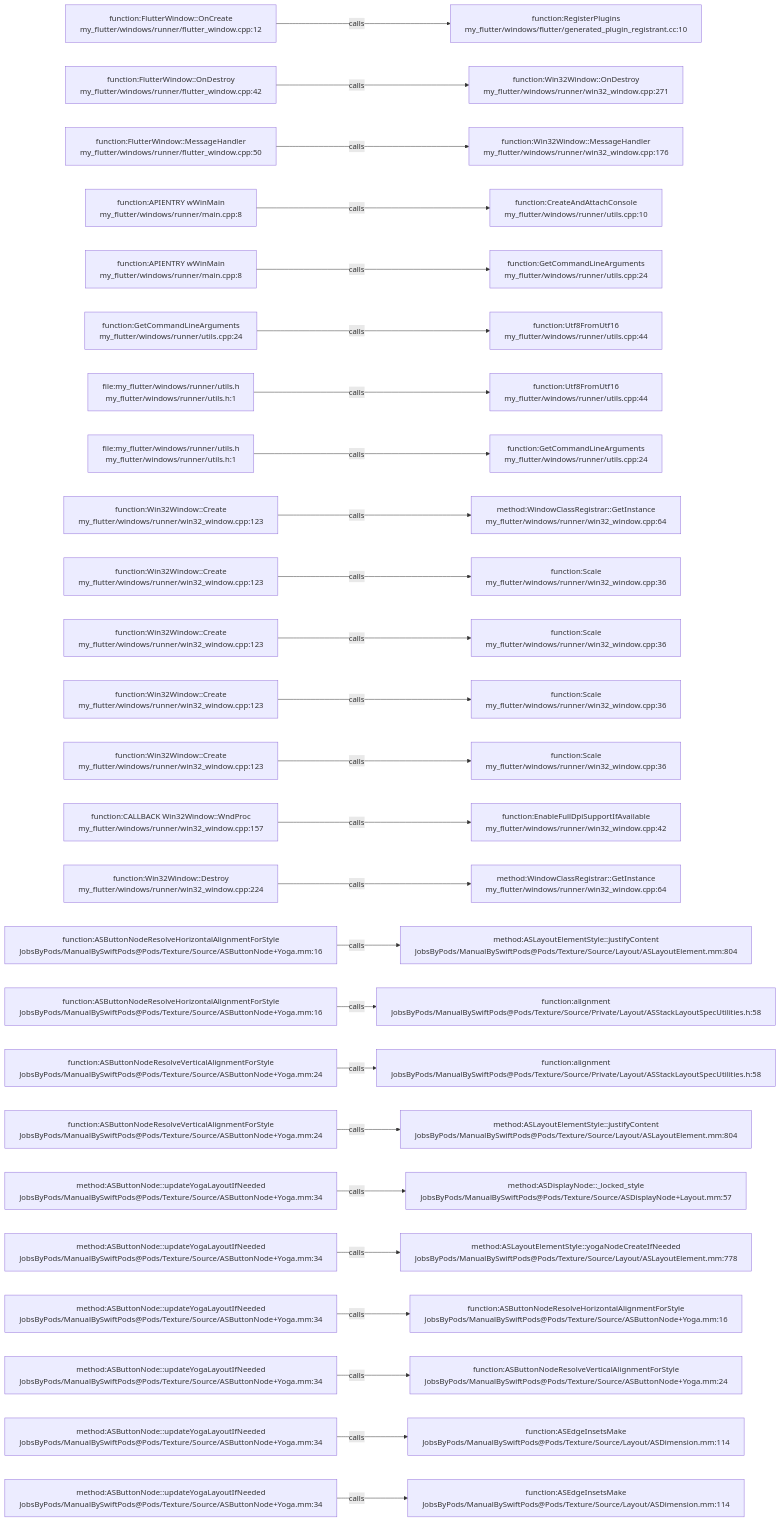
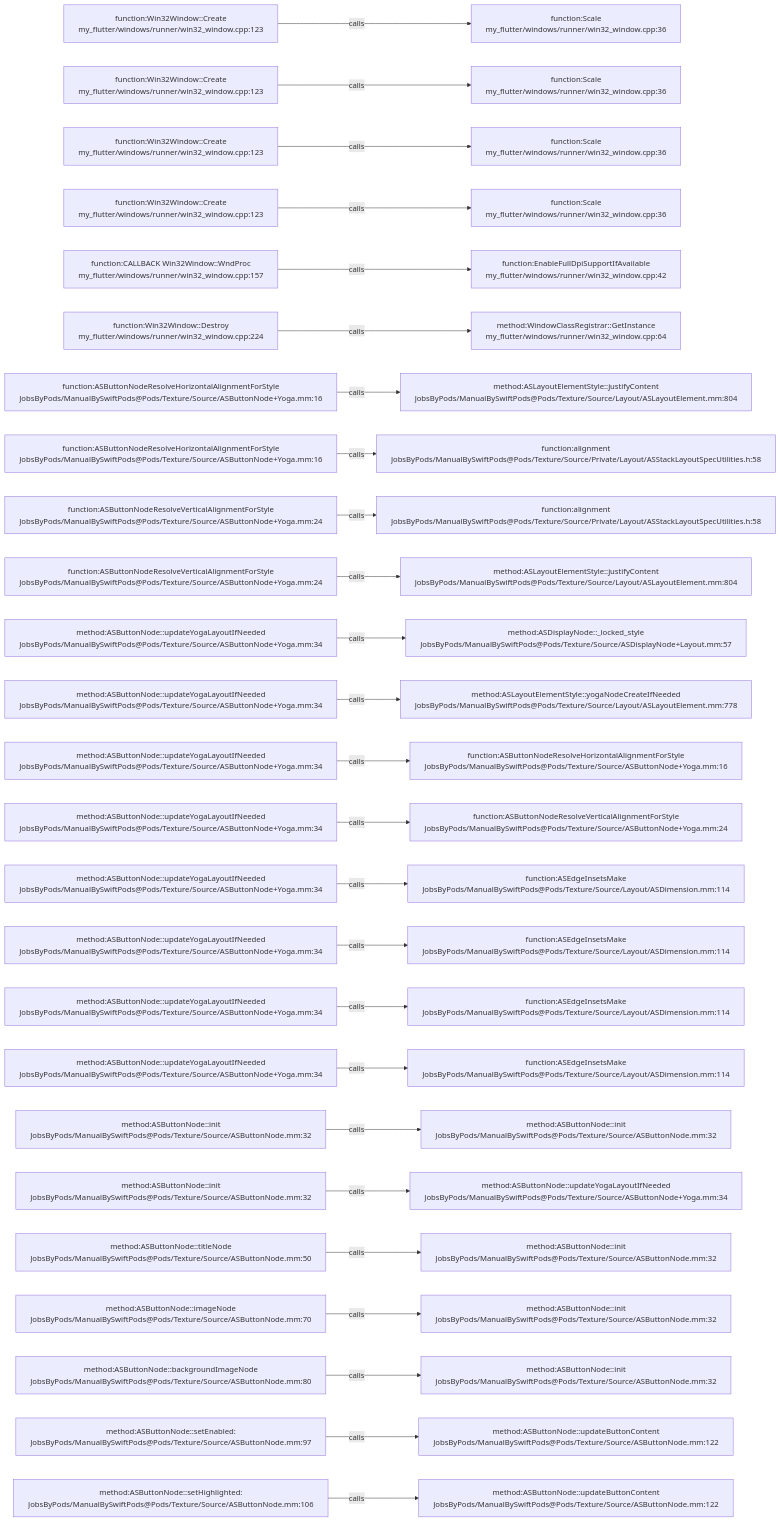
One commit to JobsKits/JobsSwiftBaseConfigDemo changed the diagram in .codegraph/codegraph.md/graphs/calls-002.md. Above: the diagram before and after it, drawn with Mermaid. The commit also changed 707 other files, not shown here.

````diff
--- a/.codegraph/codegraph.md/graphs/calls-002.md
+++ b/.codegraph/codegraph.md/graphs/calls-002.md
@@ -13,78 +13,78 @@
 ```mermaid
 flowchart LR
-  S1["function:FlutterWindow::OnCreate<br/>my_flutter/windows/runner/flutter_window.cpp:12"]
-  T1["function:RegisterPlugins<br/>my_flutter/windows/flutter/generated_plugin_registrant.cc:10"]
+  S1["function:Win32Window::Create<br/>my_flutter/windows/runner/win32_window.cpp:123"]
+  T1["function:Scale<br/>my_flutter/windows/runner/win32_window.cpp:36"]
   S1 -->|calls| T1
-  S2["function:FlutterWindow::OnDestroy<br/>my_flutter/windows/runner/flutter_window.cpp:42"]
-  T2["function:Win32Window::OnDestroy<br/>my_flutter/windows/runner/win32_window.cpp:271"]
+  S2["function:Win32Window::Create<br/>my_flutter/windows/runner/win32_window.cpp:123"]
+  T2["function:Scale<br/>my_flutter/windows/runner/win32_window.cpp:36"]
   S2 -->|calls| T2
-  S3["function:FlutterWindow::MessageHandler<br/>my_flutter/windows/runner/flutter_window.cpp:50"]
-  T3["function:Win32Window::MessageHandler<br/>my_flutter/windows/runner/win32_window.cpp:176"]
+  S3["function:Win32Window::Create<br/>my_flutter/windows/runner/win32_window.cpp:123"]
+  T3["function:Scale<br/>my_flutter/windows/runner/win32_window.cpp:36"]
   S3 -->|calls| T3
-  S4["function:APIENTRY wWinMain<br/>my_flutter/windows/runner/main.cpp:8"]
-  T4["function:CreateAndAttachConsole<br/>my_flutter/windows/runner/utils.cpp:10"]
+  S4["function:Win32Window::Create<br/>my_flutter/windows/runner/win32_window.cpp:123"]
+  T4["function:Scale<br/>my_flutter/windows/runner/win32_window.cpp:36"]
   S4 -->|calls| T4
-  S5["function:APIENTRY wWinMain<br/>my_flutter/windows/runner/main.cpp:8"]
-  T5["function:GetCommandLineArguments<br/>my_flutter/windows/runner/utils.cpp:24"]
+  S5["function:CALLBACK Win32Window::WndProc<br/>my_flutter/windows/runner/win32_window.cpp:157"]
+  T5["function:EnableFullDpiSupportIfAvailable<br/>my_flutter/windows/runner/win32_window.cpp:42"]
   S5 -->|calls| T5
-  S6["function:GetCommandLineArguments<br/>my_flutter/windows/runner/utils.cpp:24"]
-  T6["function:Utf8FromUtf16<br/>my_flutter/windows/runner/utils.cpp:44"]
+  S6["function:Win32Window::Destroy<br/>my_flutter/windows/runner/win32_window.cpp:224"]
+  T6["method:WindowClassRegistrar::GetInstance<br/>my_flutter/windows/runner/win32_window.cpp:64"]
   S6 -->|calls| T6
-  S7["file:my_flutter/windows/runner/utils.h<br/>my_flutter/windows/runner/utils.h:1"]
-  T7["function:Utf8FromUtf16<br/>my_flutter/windows/runner/utils.cpp:44"]
+  S7["function:ASButtonNodeResolveHorizontalAlignmentForStyle<br/>JobsByPods/ManualBySwiftPods@Pods/Texture/Source/ASButtonNode+Yoga.mm:16"]
+  T7["method:ASLayoutElementStyle::justifyContent<br/>JobsByPods/ManualBySwiftPods@Pods/Texture/Source/Layout/ASLayoutElement.mm:804"]
   S7 -->|calls| T7
-  S8["file:my_flutter/windows/runner/utils.h<br/>my_flutter/windows/runner/utils.h:1"]
-  T8["function:GetCommandLineArguments<br/>my_flutter/windows/runner/utils.cpp:24"]
+  S8["function:ASButtonNodeResolveHorizontalAlignmentForStyle<br/>JobsByPods/ManualBySwiftPods@Pods/Texture/Source/ASButtonNode+Yoga.mm:16"]
+  T8["function:alignment<br/>JobsByPods/ManualBySwiftPods@Pods/Texture/Source/Private/Layout/ASStackLayoutSpecUtilities.h:58"]
   S8 -->|calls| T8
-  S9["function:Win32Window::Create<br/>my_flutter/windows/runner/win32_window.cpp:123"]
-  T9["method:WindowClassRegistrar::GetInstance<br/>my_flutter/windows/runner/win32_window.cpp:64"]
+  S9["function:ASButtonNodeResolveVerticalAlignmentForStyle<br/>JobsByPods/ManualBySwiftPods@Pods/Texture/Source/ASButtonNode+Yoga.mm:24"]
+  T9["function:alignment<br/>JobsByPods/ManualBySwiftPods@Pods/Texture/Source/Private/Layout/ASStackLayoutSpecUtilities.h:58"]
   S9 -->|calls| T9
-  S10["function:Win32Window::Create<br/>my_flutter/windows/runner/win32_window.cpp:123"]
-  T10["function:Scale<br/>my_flutter/windows/runner/win32_window.cpp:36"]
+  S10["function:ASButtonNodeResolveVerticalAlignmentForStyle<br/>JobsByPods/ManualBySwiftPods@Pods/Texture/Source/ASButtonNode+Yoga.mm:24"]
+  T10["method:ASLayoutElementStyle::justifyContent<br/>JobsByPods/ManualBySwiftPods@Pods/Texture/Source/Layout/ASLayoutElement.mm:804"]
   S10 -->|calls| T10
-  S11["function:Win32Window::Create<br/>my_flutter/windows/runner/win32_window.cpp:123"]
-  T11["function:Scale<br/>my_flutter/windows/runner/win32_window.cpp:36"]
+  S11["method:ASButtonNode::updateYogaLayoutIfNeeded<br/>JobsByPods/ManualBySwiftPods@Pods/Texture/Source/ASButtonNode+Yoga.mm:34"]
+  T11["method:ASDisplayNode::_locked_style<br/>JobsByPods/ManualBySwiftPods@Pods/Texture/Source/ASDisplayNode+Layout.mm:57"]
   S11 -->|calls| T11
-  S12["function:Win32Window::Create<br/>my_flutter/windows/runner/win32_window.cpp:123"]
-  T12["function:Scale<br/>my_flutter/windows/runner/win32_window.cpp:36"]
+  S12["method:ASButtonNode::updateYogaLayoutIfNeeded<br/>JobsByPods/ManualBySwiftPods@Pods/Texture/Source/ASButtonNode+Yoga.mm:34"]
+  T12["method:ASLayoutElementStyle::yogaNodeCreateIfNeeded<br/>JobsByPods/ManualBySwiftPods@Pods/Texture/Source/Layout/ASLayoutElement.mm:778"]
   S12 -->|calls| T12
-  S13["function:Win32Window::Create<br/>my_flutter/windows/runner/win32_window.cpp:123"]
-  T13["function:Scale<br/>my_flutter/windows/runner/win32_window.cpp:36"]
+  S13["method:ASButtonNode::updateYogaLayoutIfNeeded<br/>JobsByPods/ManualBySwiftPods@Pods/Texture/Source/ASButtonNode+Yoga.mm:34"]
+  T13["function:ASButtonNodeResolveHorizontalAlignmentForStyle<br/>JobsByPods/ManualBySwiftPods@Pods/Texture/Source/ASButtonNode+Yoga.mm:16"]
   S13 -->|calls| T13
-  S14["function:CALLBACK Win32Window::WndProc<br/>my_flutter/windows/runner/win32_window.cpp:157"]
-  T14["function:EnableFullDpiSupportIfAvailable<br/>my_flutter/windows/runner/win32_window.cpp:42"]
+  S14["method:ASButtonNode::updateYogaLayoutIfNeeded<br/>JobsByPods/ManualBySwiftPods@Pods/Texture/Source/ASButtonNode+Yoga.mm:34"]
+  T14["function:ASButtonNodeResolveVerticalAlignmentForStyle<br/>JobsByPods/ManualBySwiftPods@Pods/Texture/Source/ASButtonNode+Yoga.mm:24"]
   S14 -->|calls| T14
-  S15["function:Win32Window::Destroy<br/>my_flutter/windows/runner/win32_window.cpp:224"]
-  T15["method:WindowClassRegistrar::GetInstance<br/>my_flutter/windows/runner/win32_window.cpp:64"]
+  S15["method:ASButtonNode::updateYogaLayoutIfNeeded<br/>JobsByPods/ManualBySwiftPods@Pods/Texture/Source/ASButtonNode+Yoga.mm:34"]
+  T15["function:ASEdgeInsetsMake<br/>JobsByPods/ManualBySwiftPods@Pods/Texture/Source/Layout/ASDimension.mm:114"]
   S15 -->|calls| T15
-  S16["function:ASButtonNodeResolveHorizontalAlignmentForStyle<br/>JobsByPods/ManualBySwiftPods@Pods/Texture/Source/ASButtonNode+Yoga.mm:16"]
-  T16["method:ASLayoutElementStyle::justifyContent<br/>JobsByPods/ManualBySwiftPods@Pods/Texture/Source/Layout/ASLayoutElement.mm:804"]
+  S16["method:ASButtonNode::updateYogaLayoutIfNeeded<br/>JobsByPods/ManualBySwiftPods@Pods/Texture/Source/ASButtonNode+Yoga.mm:34"]
+  T16["function:ASEdgeInsetsMake<br/>JobsByPods/ManualBySwiftPods@Pods/Texture/Source/Layout/ASDimension.mm:114"]
   S16 -->|calls| T16
-  S17["function:ASButtonNodeResolveHorizontalAlignmentForStyle<br/>JobsByPods/ManualBySwiftPods@Pods/Texture/Source/ASButtonNode+Yoga.mm:16"]
-  T17["function:alignment<br/>JobsByPods/ManualBySwiftPods@Pods/Texture/Source/Private/Layout/ASStackLayoutSpecUtilities.h:58"]
+  S17["method:ASButtonNode::updateYogaLayoutIfNeeded<br/>JobsByPods/ManualBySwiftPods@Pods/Texture/Source/ASButtonNode+Yoga.mm:34"]
+  T17["function:ASEdgeInsetsMake<br/>JobsByPods/ManualBySwiftPods@Pods/Texture/Source/Layout/ASDimension.mm:114"]
   S17 -->|calls| T17
-  S18["function:ASButtonNodeResolveVerticalAlignmentForStyle<br/>JobsByPods/ManualBySwiftPods@Pods/Texture/Source/ASButtonNode+Yoga.mm:24"]
-  T18["function:alignment<br/>JobsByPods/ManualBySwiftPods@Pods/Texture/Source/Private/Layout/ASStackLayoutSpecUtilities.h:58"]
+  S18["method:ASButtonNode::updateYogaLayoutIfNeeded<br/>JobsByPods/ManualBySwiftPods@Pods/Texture/Source/ASButtonNode+Yoga.mm:34"]
+  T18["function:ASEdgeInsetsMake<br/>JobsByPods/ManualBySwiftPods@Pods/Texture/Source/Layout/ASDimension.mm:114"]
   S18 -->|calls| T18
-  S19["function:ASButtonNodeResolveVerticalAlignmentForStyle<br/>JobsByPods/ManualBySwiftPods@Pods/Texture/Source/ASButtonNode+Yoga.mm:24"]
-  T19["method:ASLayoutElementStyle::justifyContent<br/>JobsByPods/ManualBySwiftPods@Pods/Texture/Source/Layout/ASLayoutElement.mm:804"]
+  S19["method:ASButtonNode::init<br/>JobsByPods/ManualBySwiftPods@Pods/Texture/Source/ASButtonNode.mm:32"]
+  T19["method:ASButtonNode::init<br/>JobsByPods/ManualBySwiftPods@Pods/Texture/Source/ASButtonNode.mm:32"]
   S19 -->|calls| T19
-  S20["method:ASButtonNode::updateYogaLayoutIfNeeded<br/>JobsByPods/ManualBySwiftPods@Pods/Texture/Source/ASButtonNode+Yoga.mm:34"]
-  T20["method:ASDisplayNode::_locked_style<br/>JobsByPods/ManualBySwiftPods@Pods/Texture/Source/ASDisplayNode+Layout.mm:57"]
+  S20["method:ASButtonNode::init<br/>JobsByPods/ManualBySwiftPods@Pods/Texture/Source/ASButtonNode.mm:32"]
+  T20["method:ASButtonNode::updateYogaLayoutIfNeeded<br/>JobsByPods/ManualBySwiftPods@Pods/Texture/Source/ASButtonNode+Yoga.mm:34"]
   S20 -->|calls| T20
-  S21["method:ASButtonNode::updateYogaLayoutIfNeeded<br/>JobsByPods/ManualBySwiftPods@Pods/Texture/Source/ASButtonNode+Yoga.mm:34"]
-  T21["method:ASLayoutElementStyle::yogaNodeCreateIfNeeded<br/>JobsByPods/ManualBySwiftPods@Pods/Texture/Source/Layout/ASLayoutElement.mm:778"]
+  S21["method:ASButtonNode::titleNode<br/>JobsByPods/ManualBySwiftPods@Pods/Texture/Source/ASButtonNode.mm:50"]
+  T21["method:ASButtonNode::init<br/>JobsByPods/ManualBySwiftPods@Pods/Texture/Source/ASButtonNode.mm:32"]
   S21 -->|calls| T21
-  S22["method:ASButtonNode::updateYogaLayoutIfNeeded<br/>JobsByPods/ManualBySwiftPods@Pods/Texture/Source/ASButtonNode+Yoga.mm:34"]
-  T22["function:ASButtonNodeResolveHorizontalAlignmentForStyle<br/>JobsByPods/ManualBySwiftPods@Pods/Texture/Source/ASButtonNode+Yoga.mm:16"]
+  S22["method:ASButtonNode::imageNode<br/>JobsByPods/ManualBySwiftPods@Pods/Texture/Source/ASButtonNode.mm:70"]
+  T22["method:ASButtonNode::init<br/>JobsByPods/ManualBySwiftPods@Pods/Texture/Source/ASButtonNode.mm:32"]
   S22 -->|calls| T22
-  S23["method:ASButtonNode::updateYogaLayoutIfNeeded<br/>JobsByPods/ManualBySwiftPods@Pods/Texture/Source/ASButtonNode+Yoga.mm:34"]
-  T23["function:ASButtonNodeResolveVerticalAlignmentForStyle<br/>JobsByPods/ManualBySwiftPods@Pods/Texture/Source/ASButtonNode+Yoga.mm:24"]
+  S23["method:ASButtonNode::backgroundImageNode<br/>JobsByPods/ManualBySwiftPods@Pods/Texture/Source/ASButtonNode.mm:80"]
+  T23["method:ASButtonNode::init<br/>JobsByPods/ManualBySwiftPods@Pods/Texture/Source/ASButtonNode.mm:32"]
   S23 -->|calls| T23
-  S24["method:ASButtonNode::updateYogaLayoutIfNeeded<br/>JobsByPods/ManualBySwiftPods@Pods/Texture/Source/ASButtonNode+Yoga.mm:34"]
-  T24["function:ASEdgeInsetsMake<br/>JobsByPods/ManualBySwiftPods@Pods/Texture/Source/Layout/ASDimension.mm:114"]
+  S24["method:ASButtonNode::setEnabled:<br/>JobsByPods/ManualBySwiftPods@Pods/Texture/Source/ASButtonNode.mm:97"]
+  T24["method:ASButtonNode::updateButtonContent<br/>JobsByPods/ManualBySwiftPods@Pods/Texture/Source/ASButtonNode.mm:122"]
   S24 -->|calls| T24
-  S25["method:ASButtonNode::updateYogaLayoutIfNeeded<br/>JobsByPods/ManualBySwiftPods@Pods/Texture/Source/ASButtonNode+Yoga.mm:34"]
-  T25["function:ASEdgeInsetsMake<br/>JobsByPods/ManualBySwiftPods@Pods/Texture/Source/Layout/ASDimension.mm:114"]
+  S25["method:ASButtonNode::setHighlighted:<br/>JobsByPods/ManualBySwiftPods@Pods/Texture/Source/ASButtonNode.mm:106"]
+  T25["method:ASButtonNode::updateButtonContent<br/>JobsByPods/ManualBySwiftPods@Pods/Texture/Source/ASButtonNode.mm:122"]
   S25 -->|calls| T25
 ```
````
